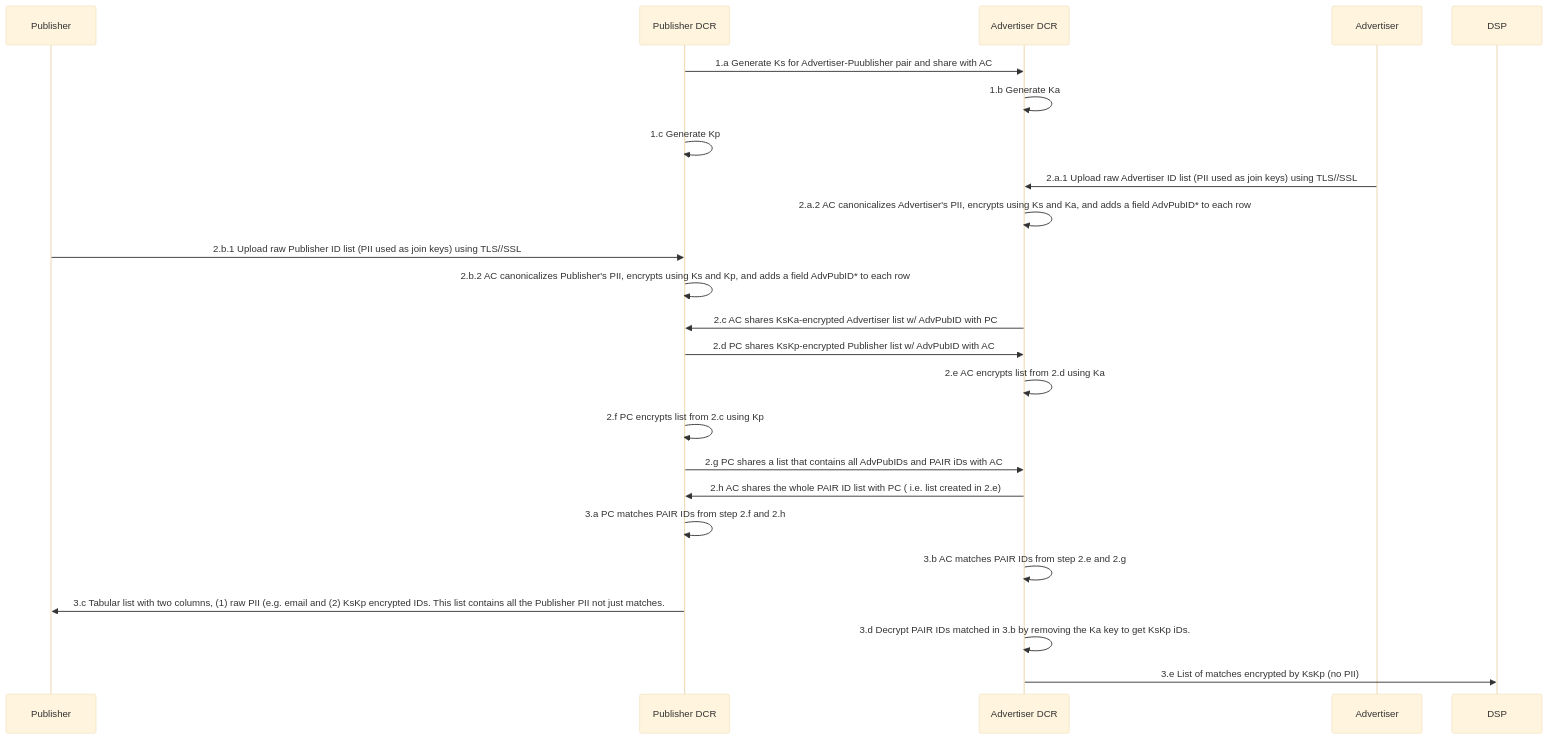
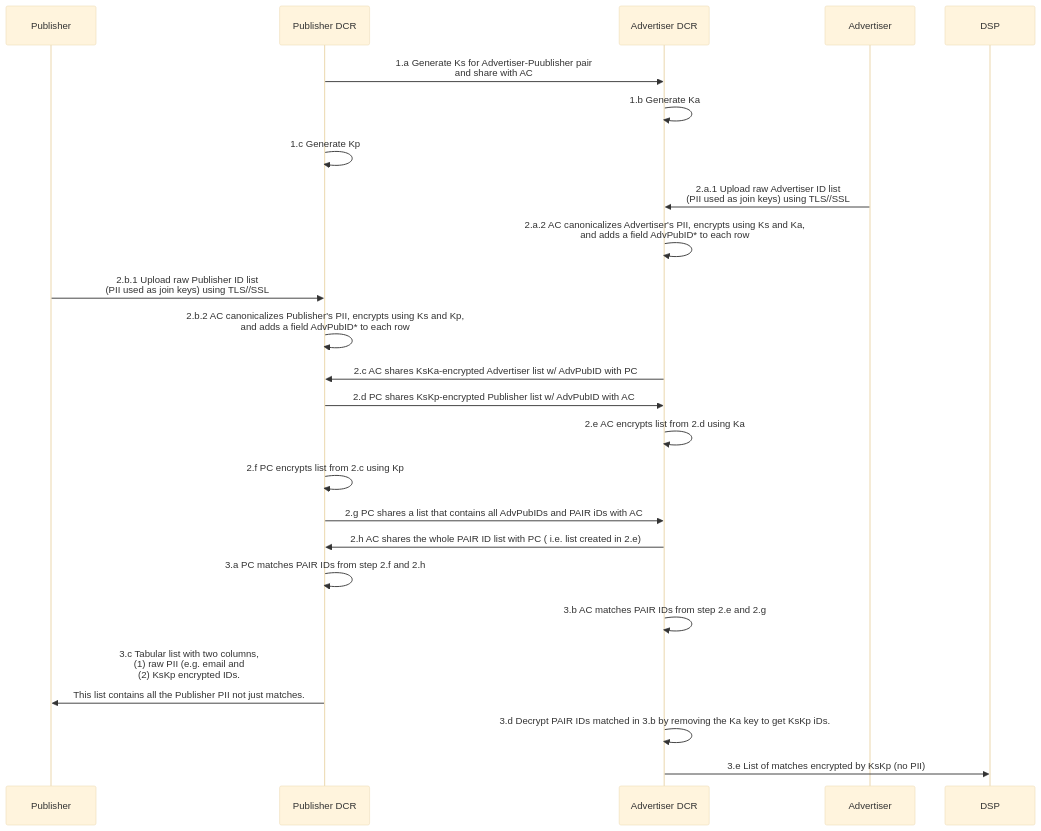
One commit to pm-harshad-mane/Diagrams changed the diagram in PAIR/Two_DCRs.md. Above: the diagram before and after it, drawn with Mermaid.

````diff
--- a/PAIR/Two_DCRs.md
+++ b/PAIR/Two_DCRs.md
@@ -1,34 +1,34 @@
 ```mermaid
 %%{init: {'theme': 'base', 'themeVariables': { 'participantBkgColor': '#f0f0f0', 'participantBorderColor': '#000000' }}}%%
 sequenceDiagram
 
 participant Pub as Publisher
 participant PC as Publisher DCR
 participant AC as Advertiser DCR
 participant Adv as Advertiser
 participant DSP
 
-PC->>AC: 1.a Generate Ks for Advertiser-Puublisher pair and share with AC
+PC->>AC: 1.a Generate Ks for Advertiser-Puublisher pair <br/>and share with AC
 AC->>AC: 1.b Generate Ka
 PC->>PC: 1.c Generate Kp
 
-Adv->>AC: 2.a.1 Upload raw Advertiser ID list (PII used as join keys) using TLS//SSL
-AC->>AC: 2.a.2 AC canonicalizes Advertiser's PII, encrypts using Ks and Ka, and adds a field AdvPubID* to each row
+Adv->>AC: 2.a.1 Upload raw Advertiser ID list <br/>(PII used as join keys) using TLS//SSL
+AC->>AC: 2.a.2 AC canonicalizes Advertiser's PII, encrypts using Ks and Ka,<br/> and adds a field AdvPubID* to each row
 
-Pub->>PC: 2.b.1 Upload raw Publisher ID list (PII used as join keys) using TLS//SSL
-PC->>PC: 2.b.2 AC canonicalizes Publisher's PII, encrypts using Ks and Kp, and adds a field AdvPubID* to each row
+Pub->>PC: 2.b.1 Upload raw Publisher ID list <br/>(PII used as join keys) using TLS//SSL
+PC->>PC: 2.b.2 AC canonicalizes Publisher's PII, encrypts using Ks and Kp,<br/> and adds a field AdvPubID* to each row
 
 AC->>PC: 2.c AC shares KsKa-encrypted Advertiser list w/ AdvPubID with PC
 PC->>AC: 2.d PC shares KsKp-encrypted Publisher list w/ AdvPubID with AC
 AC->>AC: 2.e AC encrypts list from 2.d using Ka
 PC->>PC: 2.f PC encrypts list from 2.c using Kp
 PC->>AC: 2.g PC shares a list that contains all AdvPubIDs and PAIR iDs with AC
 AC->>PC: 2.h AC shares the whole PAIR ID list with PC ( i.e. list created in 2.e)
 
 PC->>PC: 3.a PC matches PAIR IDs from step 2.f and 2.h
 AC->>AC: 3.b AC matches PAIR IDs from step 2.e and 2.g
-PC->>Pub: 3.c Tabular list with two columns, (1) raw PII (e.g. email and (2) KsKp encrypted IDs. This list contains all the Publisher PII not just matches.
+PC->>Pub: 3.c Tabular list with two columns, <br/>(1) raw PII (e.g. email and <br/>(2) KsKp encrypted IDs. <br/><br/>This list contains all the Publisher PII not just matches.
 AC->>AC: 3.d Decrypt PAIR IDs matched in 3.b by removing the Ka key to get KsKp iDs.
 AC->>DSP: 3.e List of matches encrypted by KsKp (no PII)
 
 ```
````
